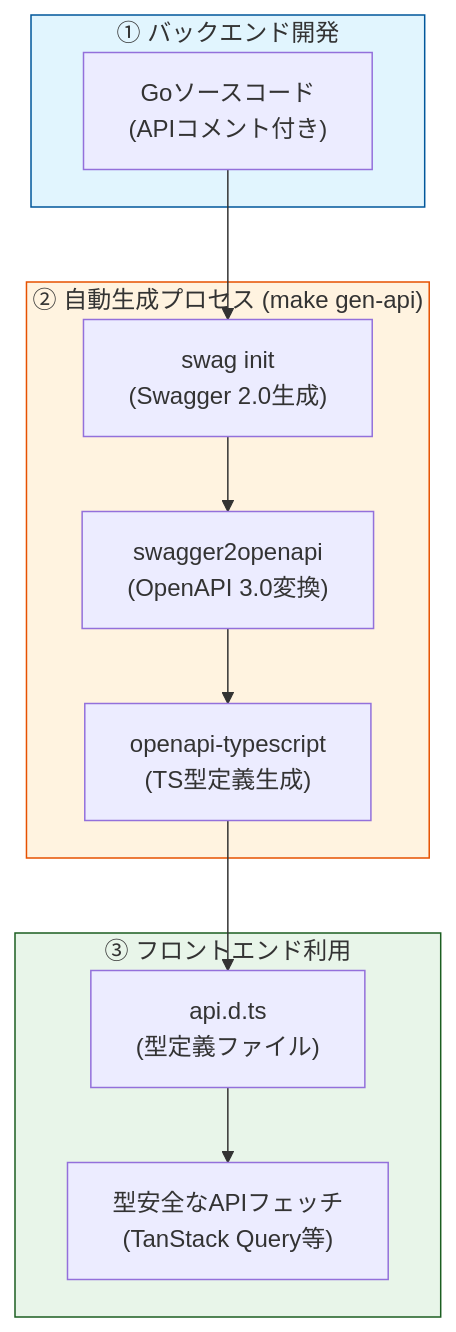
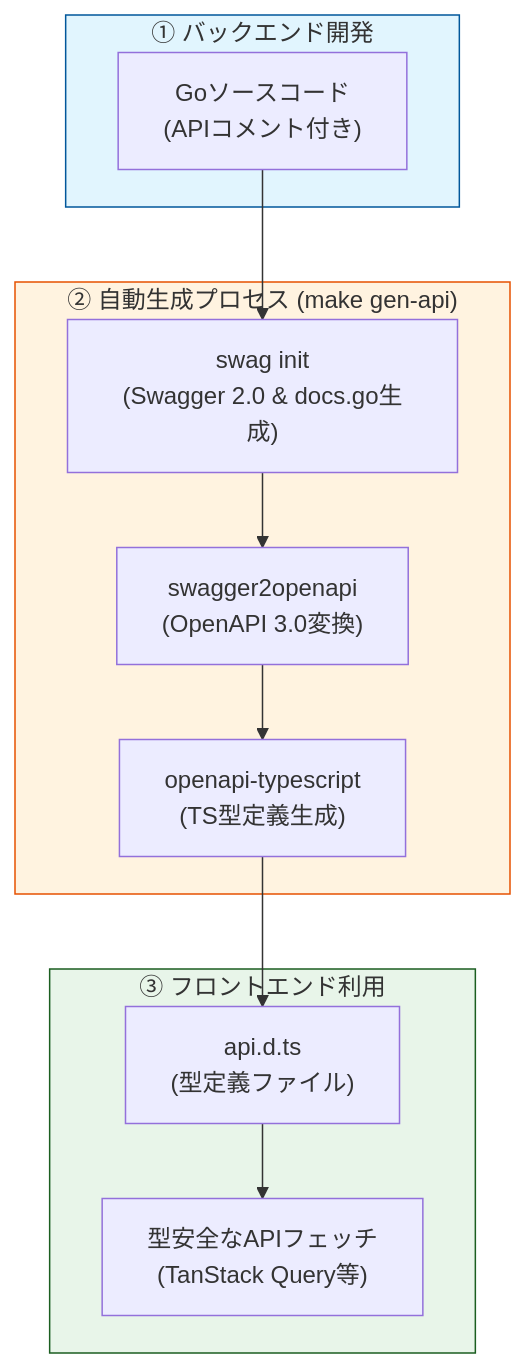
The diagram in Salon.md (km0131/salon), drawn with Mermaid before and after one commit. The commit also changed other lines of this file and 6 other files, not shown here.

````diff
--- a/Salon.md
+++ b/Salon.md
@@ -91,27 +93,27 @@
 ```mermaid
 graph TD
     subgraph Input ["① バックエンド開発"]
         A["Goソースコード<br/>(APIコメント付き)"]
     end
 
     subgraph Process ["② 自動生成プロセス (make gen-api)"]
-        B["swag init<br/>(Swagger 2.0生成)"]
+        B["swag init<br/>(Swagger 2.0 & docs.go生成)"]
         C["swagger2openapi<br/>(OpenAPI 3.0変換)"]
         D["openapi-typescript<br/>(TS型定義生成)"]
     end
 
     subgraph Output ["③ フロントエンド利用"]
         E["api.d.ts<br/>(型定義ファイル)"]
         F["型安全なAPIフェッチ<br/>(TanStack Query等)"]
     end
 
     A --> B
     B --> C
     C --> D
     D --> E
     E --> F
 
     style Input fill:#e1f5fe,stroke:#01579b
     style Process fill:#fff3e0,stroke:#e65100
     style Output fill:#e8f5e9,stroke:#1b5e20
 ```
````
